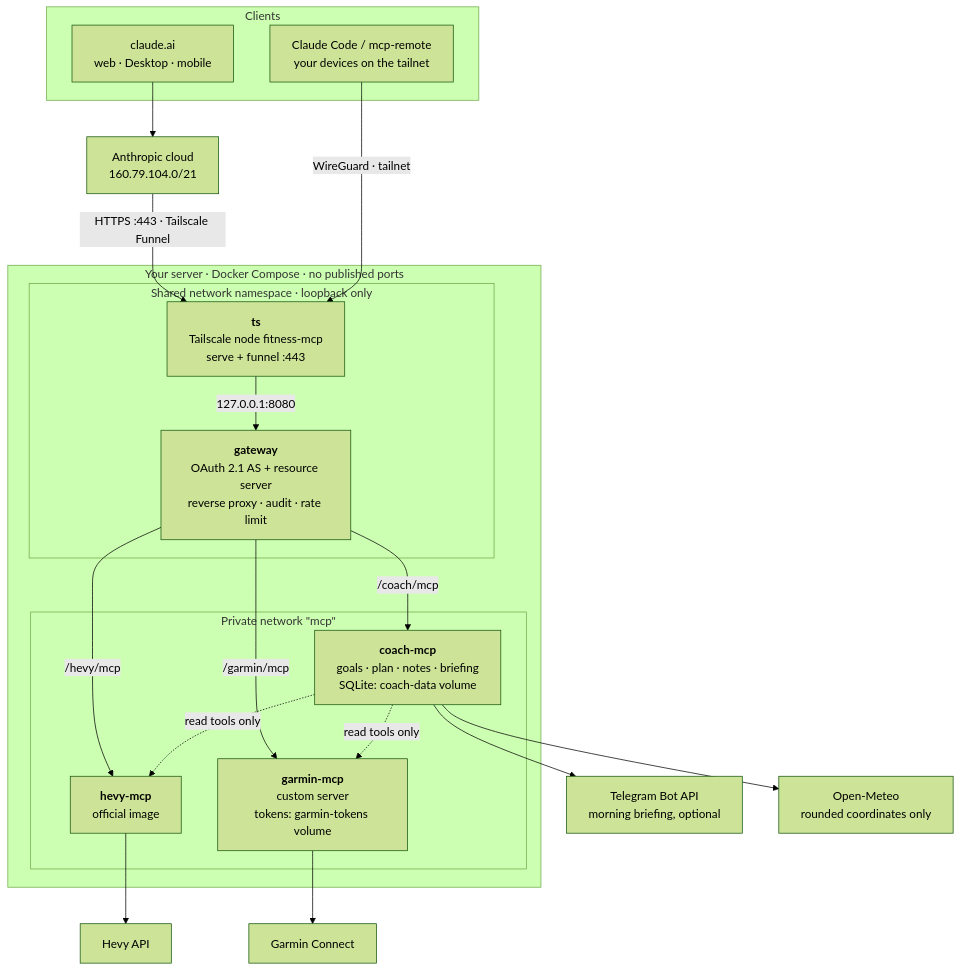
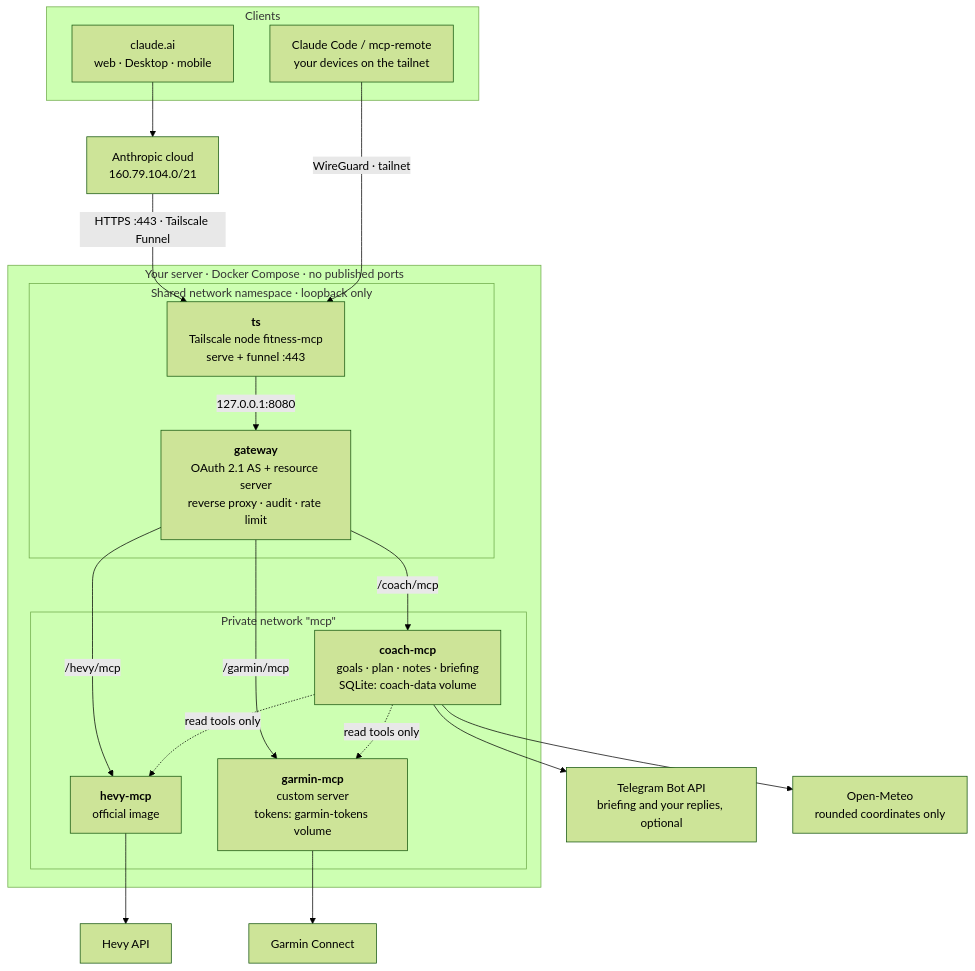
One commit to stepanbeseda/fitness-coach-mcp changed the diagram in README.md. Above: the diagram before and after it, drawn with Mermaid (forest theme). The commit also changed other lines of this file and 21 other files, not shown here.

````diff
--- a/README.md
+++ b/README.md
@@ -159,42 +160,42 @@
 ```mermaid
 flowchart TB
     subgraph clients["Clients"]
         web["claude.ai<br/>web · Desktop · mobile"]
         local["Claude Code / mcp-remote<br/>your devices on the tailnet"]
     end
 
     anthropic["Anthropic cloud<br/>160.79.104.0/21"]
     web --> anthropic
     anthropic -- "HTTPS :443 · Tailscale Funnel" --> ts
     local -- "WireGuard · tailnet" --> ts
 
     subgraph host["Your server · Docker Compose · no published ports"]
         subgraph ns["Shared network namespace · loopback only"]
             ts["<b>ts</b><br/>Tailscale node fitness-mcp<br/>serve + funnel :443"]
             gateway["<b>gateway</b><br/>OAuth 2.1 AS + resource server<br/>reverse proxy · audit · rate limit"]
             ts -- "127.0.0.1:8080" --> gateway
         end
 
         subgraph mcpnet["Private network &quot;mcp&quot;"]
             hevy["<b>hevy-mcp</b><br/>official image"]
             garmin["<b>garmin-mcp</b><br/>custom server<br/>tokens: garmin-tokens volume"]
             coach["<b>coach-mcp</b><br/>goals · plan · notes · briefing<br/>SQLite: coach-data volume"]
         end
 
         gateway -- "/hevy/mcp" --> hevy
         gateway -- "/garmin/mcp" --> garmin
         gateway -- "/coach/mcp" --> coach
         coach -. "read tools only" .-> garmin
         coach -. "read tools only" .-> hevy
     end
 
     hevyapi["Hevy API"]
     gc["Garmin Connect"]
-    tg["Telegram Bot API<br/>morning briefing, optional"]
+    tg["Telegram Bot API<br/>briefing and your replies, optional"]
     om["Open-Meteo<br/>rounded coordinates only"]
 
     hevy --> hevyapi
     garmin --> gc
     coach --> tg
     coach --> om
 ```
````
